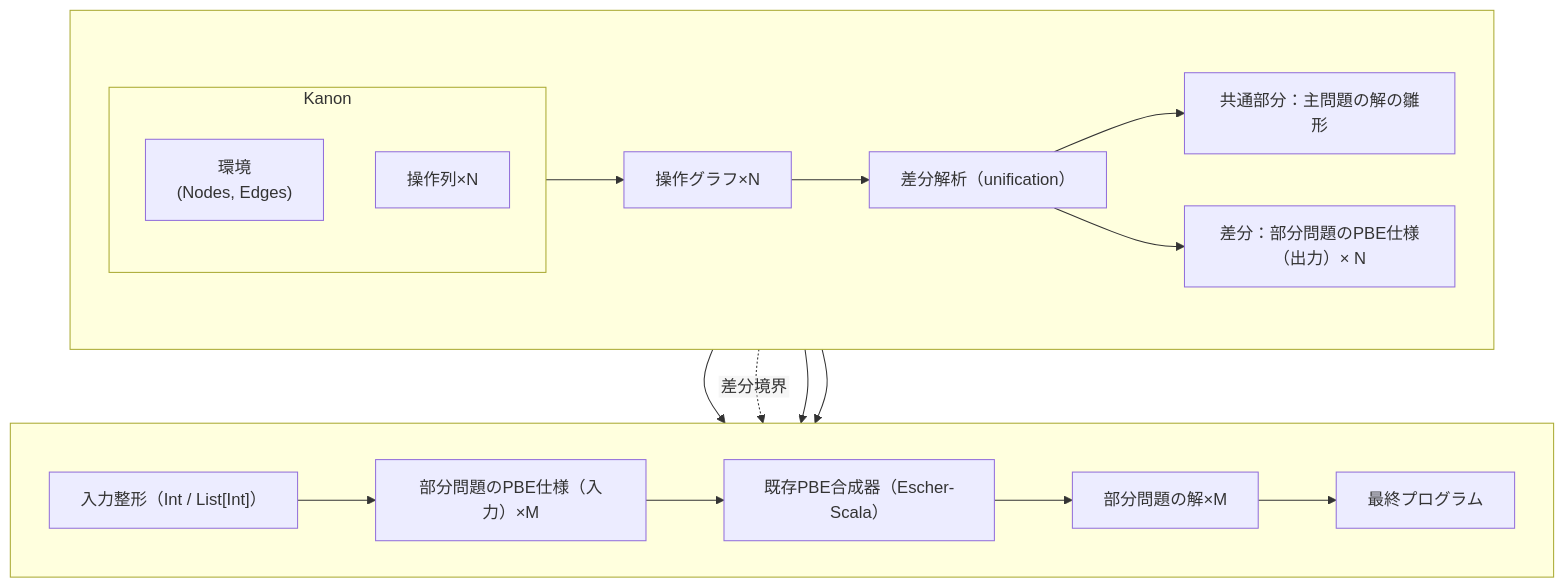
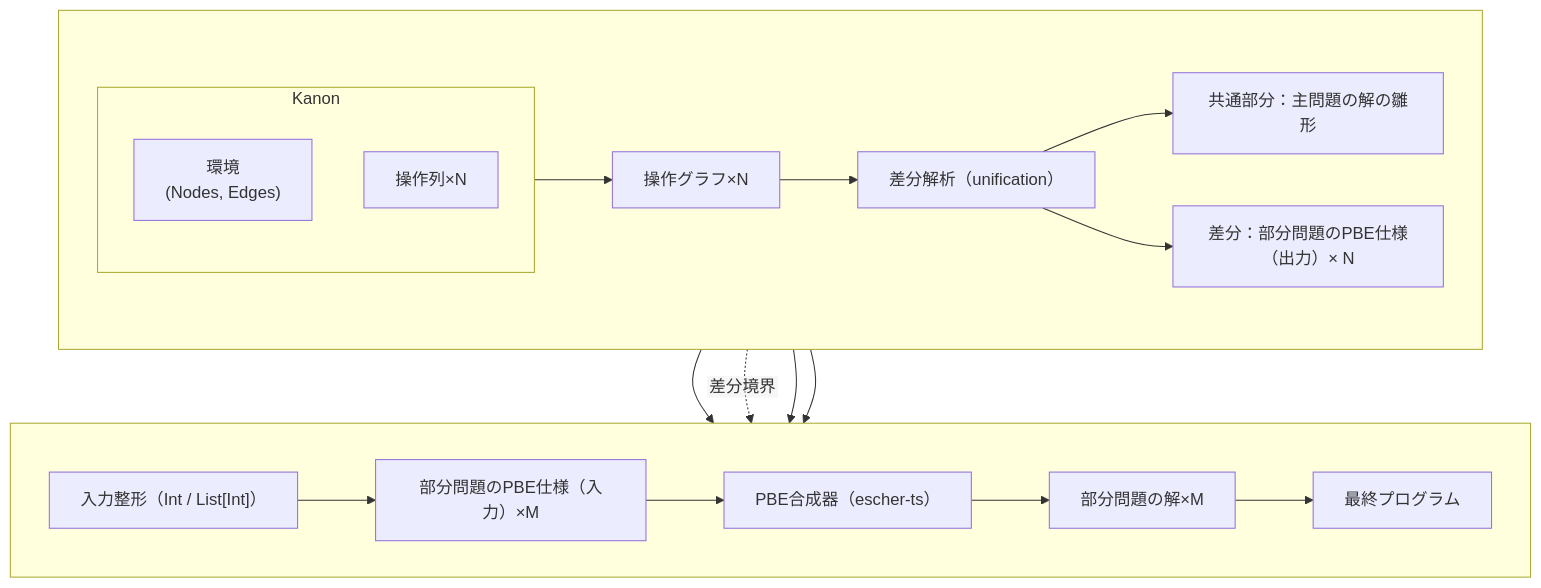
Before and after one commit to ta-yoshi02/RefSyn: the diagram in architecture.md, drawn with Mermaid. The commit also changed other lines of this file and 14 other files, not shown here.

````diff
--- a/architecture.md
+++ b/architecture.md
@@ -16,32 +17,32 @@
 ```mermaid
 %%{init: {'flowchart': { 'htmlLabels': false }}}%%
 flowchart TB
 
   %% 上段：Kanon入力 → 操作表現 → 差分解析
   subgraph Row1[ ]
     direction LR
     subgraph Kanon["Kanon"]
       direction TB
       E["環境<br>(Nodes, Edges)"]
       OP["操作列×N"]
     end
     OP --> OG["操作グラフ×N"]
     OG --> Diff["差分解析（unification）"]
     Diff --> M_tpl["共通部分：主問題の解の雛形"]
     Diff --> D_out["差分：部分問題のPBE仕様（出力）× N"]
   end
 
   %% 下段：入力整形 → 合成 → 雛形と統合
   subgraph Row2[ ]
     direction LR
     E --> Shape["入力整形（Int / List[Int]）"]
     Diff -. 差分境界 .-> Shape
     Shape --> S_in["部分問題のPBE仕様（入力）×M"]
 
-    S_in --> Synth["既存PBE合成器（Escher-Scala）"]
+    S_in --> Synth["PBE合成器（escher-ts）"]
     D_out --> Synth
     Synth --> R["部分問題の解×M"]
     R --> Final["最終プログラム"]
     M_tpl --> Final
   end
 ```
````
